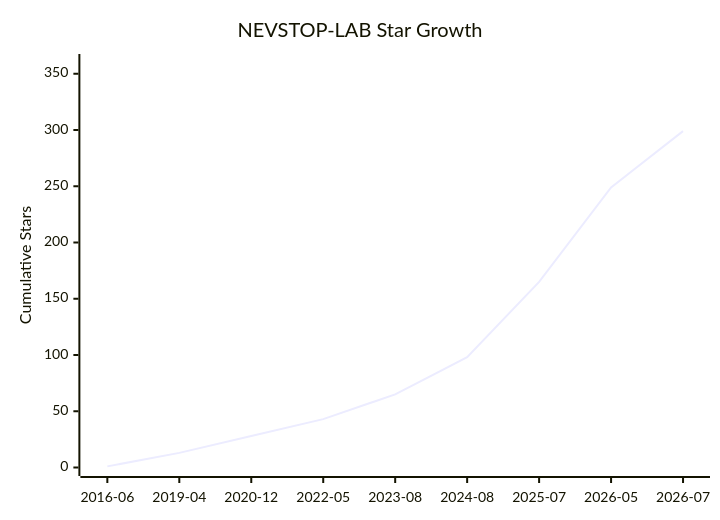
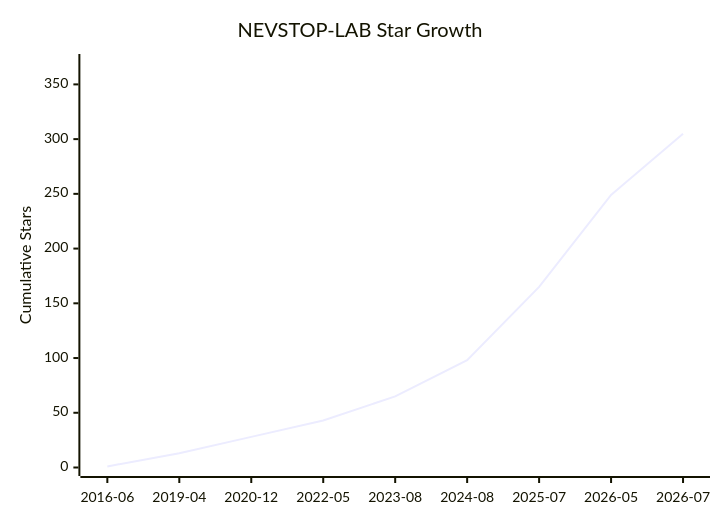
Before and after one commit to NEVSTOP-LAB/.github: the diagram in Star-History.md, drawn with Mermaid. The commit also changed other lines of this file and 2 other files, not shown here.

````diff
--- a/Star-History.md
+++ b/Star-History.md
@@ -8,7 +8,7 @@
 ```mermaid
 xychart-beta
     title "NEVSTOP-LAB Star Growth"
     x-axis ["2016-06", "2019-04", "2020-12", "2022-05", "2023-08", "2024-08", "2025-07", "2026-05", "2026-07"]
-    y-axis "Cumulative Stars" 0 --> 360
-    line [1, 13, 28, 43, 65, 98, 165, 249, 299]
+    y-axis "Cumulative Stars" 0 --> 370
+    line [1, 13, 28, 43, 65, 98, 165, 249, 305]
 ```
````
